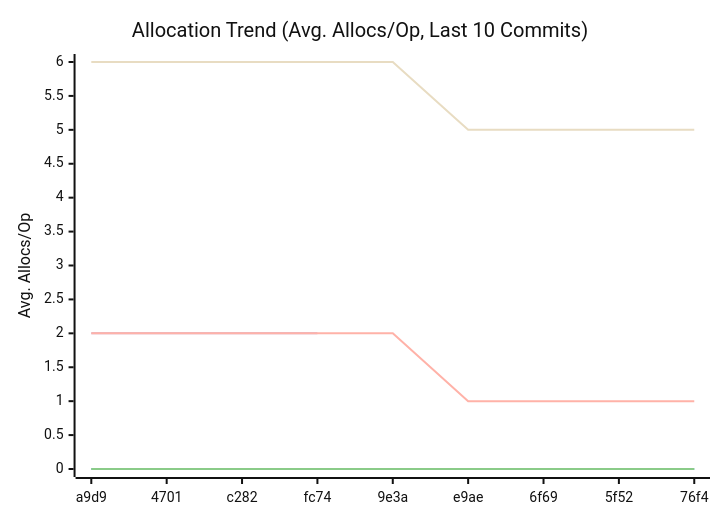
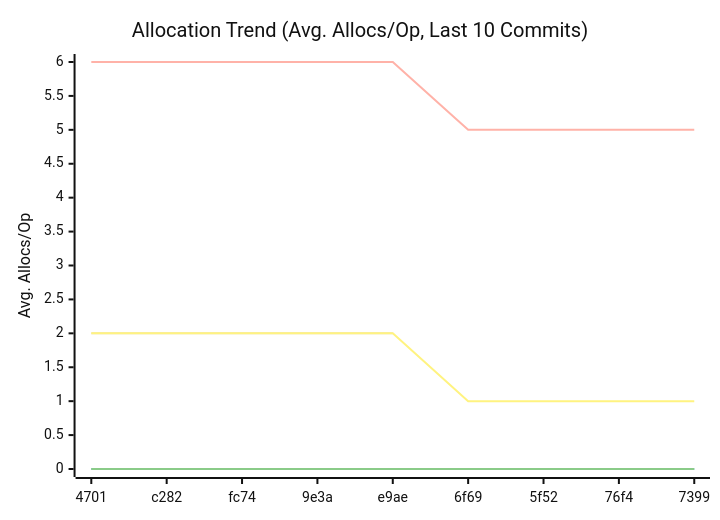
One commit to alsotoes/momo changed the third of 3 diagrams in doc/README.md. Above: the diagram before and after it, drawn with Mermaid (neutral theme). The commit also changed other lines of this file and 1 other file, not shown here.

````diff
--- a/doc/README.md
+++ b/doc/README.md
@@ -321,13 +326,14 @@
 ```mermaid
 xychart-beta
     title "Allocation Trend (Avg. Allocs/Op, Last 10 Commits)"
     x-axis "Commit"
     y-axis "Avg. Allocs/Op"
-    x-axis [a9d9,4701,c282,fc74,9e3a,e9ae,6f69,5f52,76f4]
+    x-axis [4701,c282,fc74,9e3a,e9ae,6f69,5f52,76f4,7399]
     line "CheckMetricsAndSwap" [0,0,0,0,0,0,0,0,0,0]
     line "IndexDirectTracking" [0,0,0,0,0,0,0,0,0,0]
     line "IndexSearch" [0,0,0,0,0,0,0,0,0,0]
-    line "PadString" [2,2,2,2]
+    line "LoadGlobalConfig" [2]
+    line "PadString" [2,2,2,2,2]
     line "ParseReplicationOrder_NoPrealloc" [6,6,6,6,6,5,5,5,5,5]
     line "ParseReplicationOrder_Prealloc" [2,2,2,2,2,1,1,1,1,1]
 ```
````
